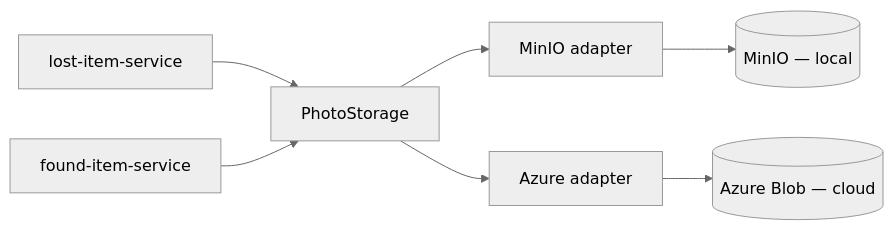
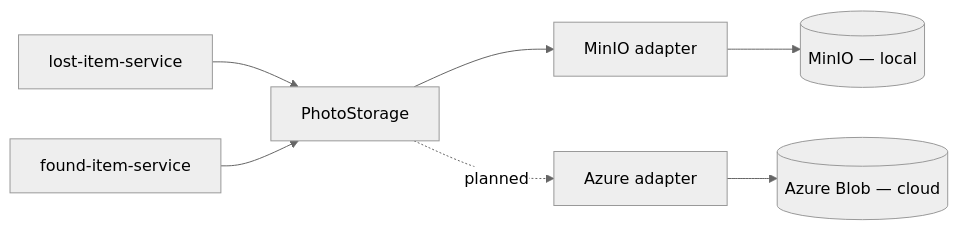
Before and after one commit to AET-DevOps26/team-chaos-monkeys: the diagram in docs/photo-storage.md, drawn with Mermaid (neutral theme). The commit also changed other lines of this file and 21 other files, not shown here.

````diff
--- a/docs/photo-storage.md
+++ b/docs/photo-storage.md
@@ -60,9 +60,9 @@
 ```mermaid
 graph LR
     Lost[lost-item-service] --> IF[PhotoStorage]
     Found[found-item-service] --> IF
     IF --> M[MinIO adapter]
-    IF --> A[Azure adapter]
+    IF -. planned .-> A[Azure adapter]
     M --> MS[(MinIO — local)]
     A --> AS[(Azure Blob — cloud)]
 ```
````
